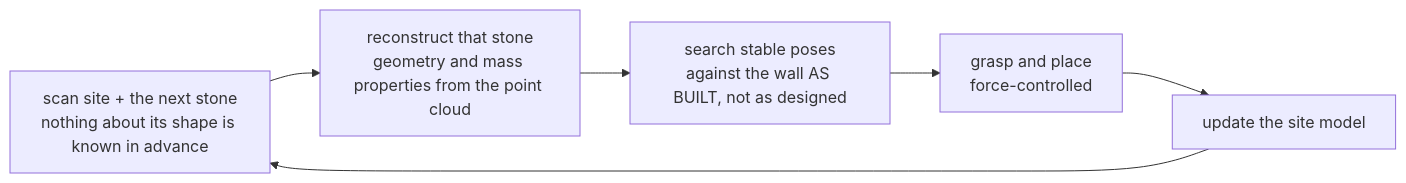
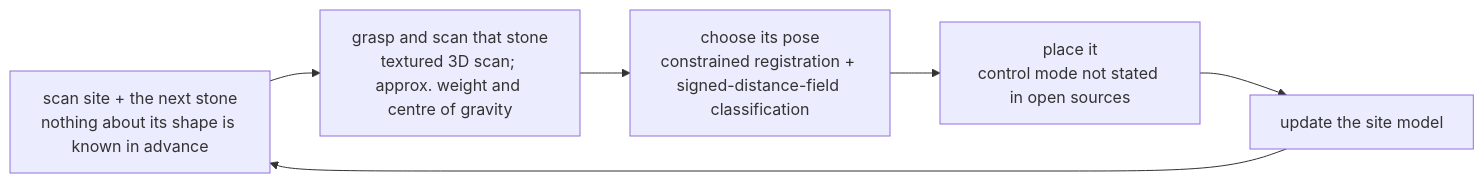
One commit to jiseop-byeon/phd-wiki changed the first of 2 diagrams in content/01-canonical-papers/notes/8-construction/dry-stone-wall.md. Above: the diagram before and after it, drawn with Mermaid. The commit also changed other lines of this file and 4 other files, not shown here.

First line of the commit message:
Say only what open sources say about the dry-stone wall and AES

````diff
--- a/content/01-canonical-papers/notes/8-construction/dry-stone-wall.md
+++ b/content/01-canonical-papers/notes/8-construction/dry-stone-wall.md
@@ -35,8 +35,8 @@
 ```mermaid
 flowchart LR
-    SC["scan site + the next stone<br/>nothing about its shape is known in advance"] --> REC["reconstruct that stone<br/>geometry and mass properties from the point cloud"]
-    REC --> PL["search stable poses<br/>against the wall AS BUILT, not as designed"]
-    PL --> PLACE["grasp and place<br/>force-controlled"]
+    SC["scan site + the next stone<br/>nothing about its shape is known in advance"] --> REC["grasp and scan that stone<br/>textured 3D scan; approx. weight and centre of gravity"]
+    REC --> PL["choose its pose<br/>constrained registration + signed-distance-field classification"]
+    PL --> PLACE["place it<br/>control mode not stated in open sources"]
     PLACE --> UP["update the site model"]
     UP --> SC
 ```
````
